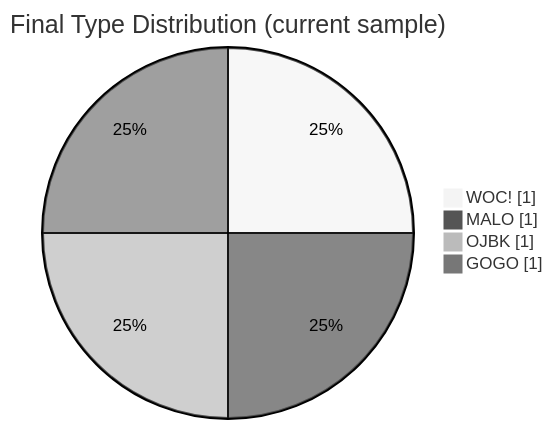
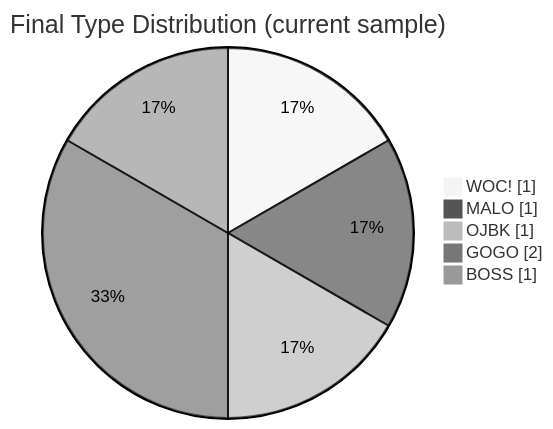
Before and after one commit to micelvrice/llm-sbti-fuckery: the first of 2 diagrams in README.md, drawn with Mermaid (neutral theme). The commit also changed other lines of this file and 5 other files, not shown here.

````diff
--- a/README.md
+++ b/README.md
@@ -62,8 +73,9 @@
 ```mermaid
 pie showData
   title Final Type Distribution (current sample)
   "WOC!" : 1
   "MALO" : 1
   "OJBK" : 1
-  "GOGO" : 1
+  "GOGO" : 2
+  "BOSS" : 1
 ```
````
